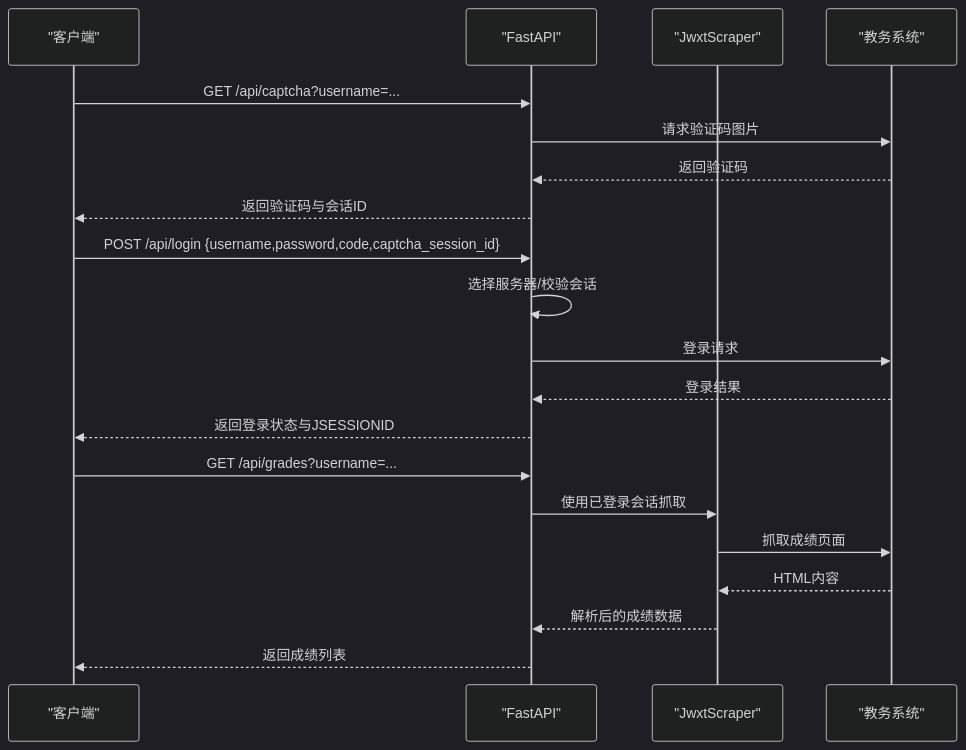
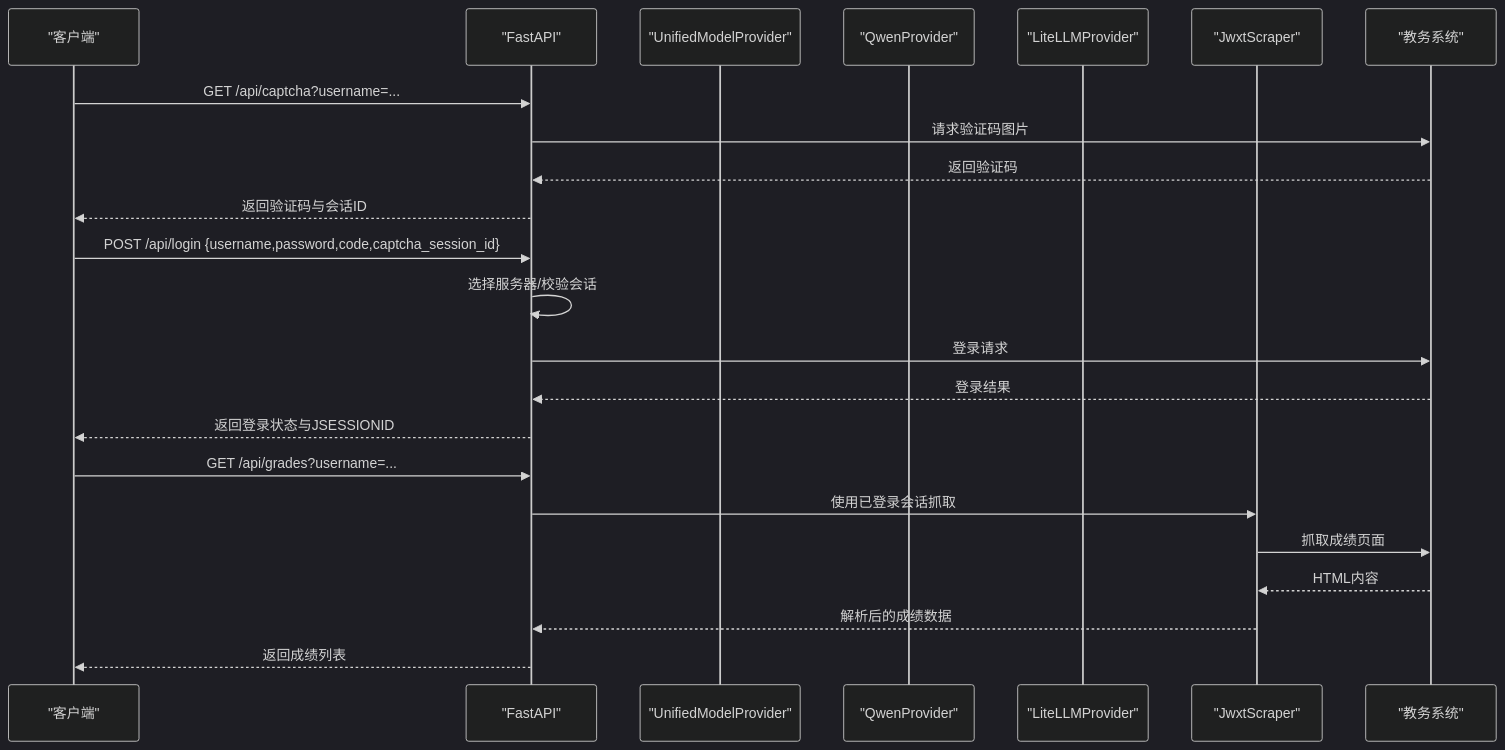
Before and after one commit to ghbbn053-ship-itsoulddog/soulddog: the third of 7 diagrams in .qoder/repowiki/zh/content/系统架构/系统架构.md, drawn with Mermaid (dark theme). The commit also changed other lines of this file and 119 other files, not shown here.

````diff
--- a/.qoder/repowiki/zh/content/系统架构/系统架构.md
+++ b/.qoder/repowiki/zh/content/系统架构/系统架构.md
@@ -154,22 +179,25 @@
 ```mermaid
 sequenceDiagram
 participant C as "客户端"
 participant A as "FastAPI"
+participant MP as "UnifiedModelProvider"
+participant QP as "QwenProvider"
+participant LP as "LiteLLMProvider"
 participant S as "JwxtScraper"
 participant E as "教务系统"
 C->>A : GET /api/captcha?username=...
 A->>E : 请求验证码图片
 E-->>A : 返回验证码
 A-->>C : 返回验证码与会话ID
 C->>A : POST /api/login {username,password,code,captcha_session_id}
 A->>A : 选择服务器/校验会话
 A->>E : 登录请求
 E-->>A : 登录结果
 A-->>C : 返回登录状态与JSESSIONID
 C->>A : GET /api/grades?username=...
 A->>S : 使用已登录会话抓取
 S->>E : 抓取成绩页面
 E-->>S : HTML内容
 S-->>A : 解析后的成绩数据
 A-->>C : 返回成绩列表
 ```
````
